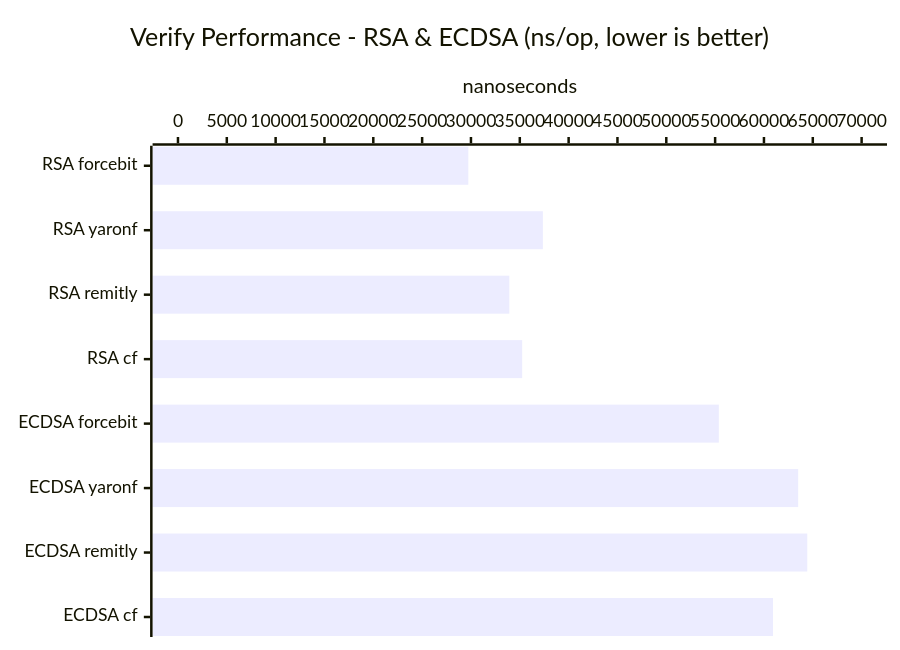
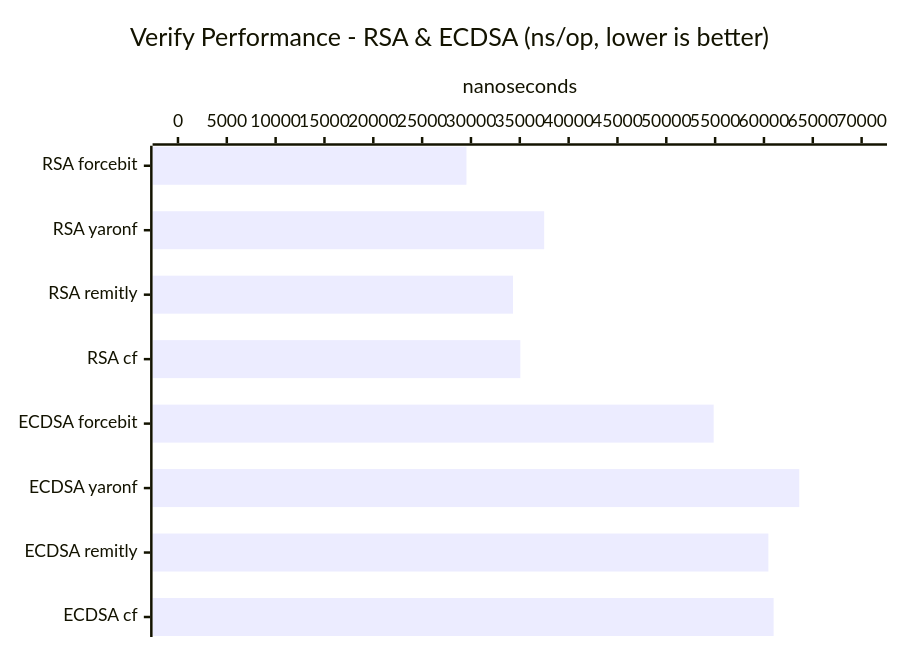
One commit to forcebit/http-message-signatures-rfc9421-go changed the fourth of 7 diagrams in benchmarks/README.md. Above: the diagram before and after it, drawn with Mermaid. The commit also changed other lines of this file and 3 other files, not shown here.

````diff
--- a/benchmarks/README.md
+++ b/benchmarks/README.md
@@ -85,7 +85,7 @@
 ```mermaid
 xychart-beta horizontal
     title "Verify Performance - RSA & ECDSA (ns/op, lower is better)"
     x-axis ["RSA forcebit", "RSA yaronf", "RSA remitly", "RSA cf", "ECDSA forcebit", "ECDSA yaronf", "ECDSA remitly", "ECDSA cf"]
     y-axis "nanoseconds" 0 --> 70000
-    bar [29730, 37363, 33930, 35244, 55380, 63504, 64433, 60928]
+    bar [29538, 37494, 34307, 35055, 54853, 63615, 60453, 60990]
 ```
````
